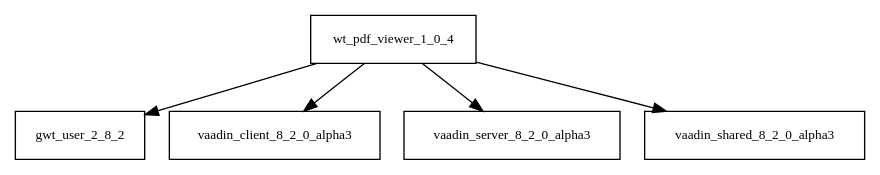
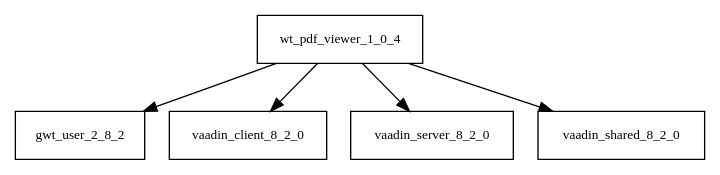
The diagram in tattleTaleReport/graphviz/wt-pdf-viewer-1.0.4.jar/wt-pdf-viewer-1.0.4.jar.dot (AglaianWoman/cia), drawn with Graphviz before and after one commit. The commit also changed 2727 other files, not shown here.

```diff
--- a/tattleTaleReport/graphviz/wt-pdf-viewer-1.0.4.jar/wt-pdf-viewer-1.0.4.jar.dot
+++ b/tattleTaleReport/graphviz/wt-pdf-viewer-1.0.4.jar/wt-pdf-viewer-1.0.4.jar.dot
@@ -1,7 +1,7 @@
 digraph wt_pdf_viewer_1_0_4_dependencies {
   node [shape = box, fontsize=10.0];
   wt_pdf_viewer_1_0_4 -> gwt_user_2_8_2;
-  wt_pdf_viewer_1_0_4 -> vaadin_client_8_2_0_alpha3;
-  wt_pdf_viewer_1_0_4 -> vaadin_server_8_2_0_alpha3;
-  wt_pdf_viewer_1_0_4 -> vaadin_shared_8_2_0_alpha3;
+  wt_pdf_viewer_1_0_4 -> vaadin_client_8_2_0;
+  wt_pdf_viewer_1_0_4 -> vaadin_server_8_2_0;
+  wt_pdf_viewer_1_0_4 -> vaadin_shared_8_2_0;
 }
```
